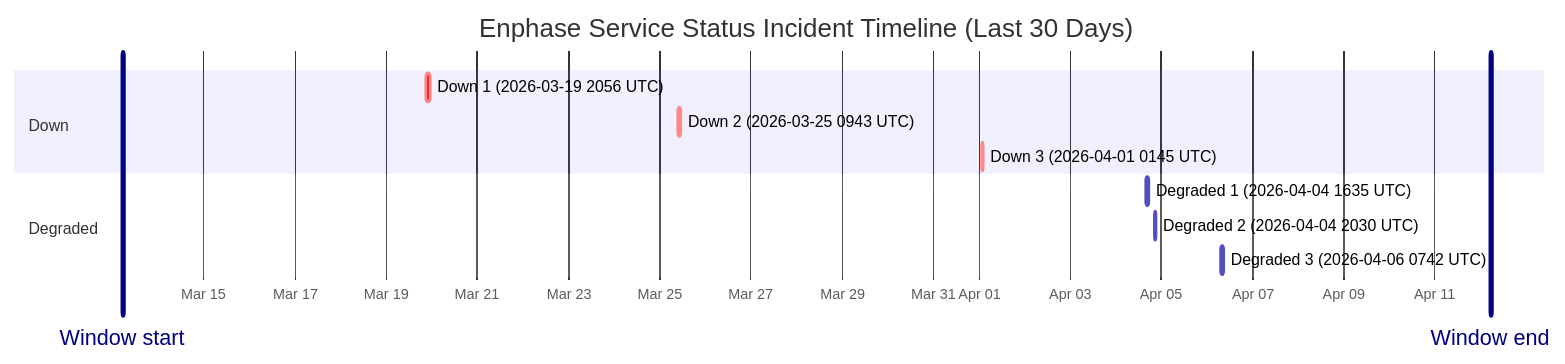
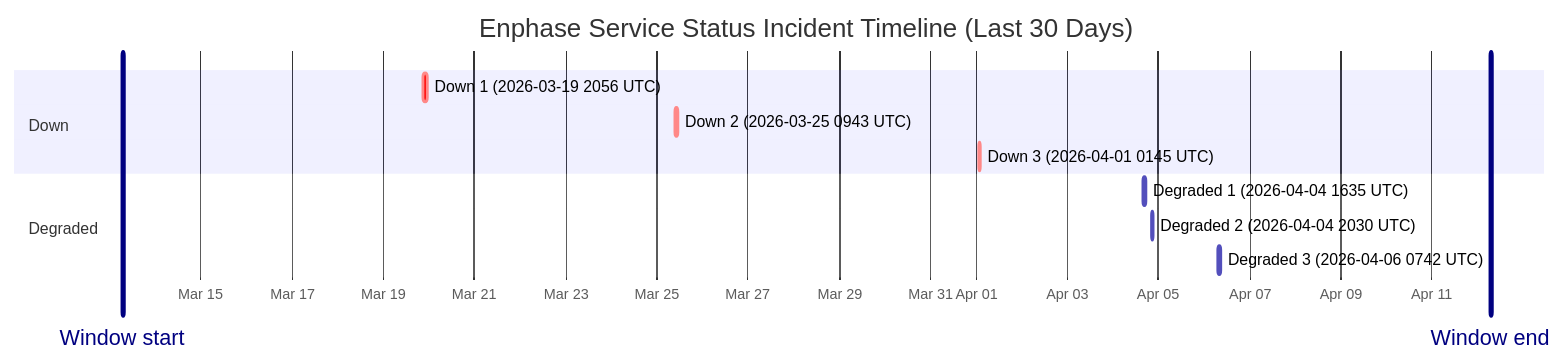
The diagram in wiki/Service-Status-History.md (barneyonline/ha-enphase-ev-charger), drawn with Mermaid before and after one commit. The commit also changed other lines of this file and 3 other files, not shown here.

````diff
--- a/wiki/Service-Status-History.md
+++ b/wiki/Service-Status-History.md
@@ -14,16 +14,16 @@
 ```mermaid
 gantt
     title Enphase Service Status Incident Timeline (Last 30 Days)
     dateFormat  YYYY-MM-DDTHH:mm:ss
     axisFormat  %b %d
-    Window start :vert, window-start, 2026-03-13T05:22:52, 0ms
-    Window end :vert, window-end, 2026-04-12T05:22:52, 0ms
+    Window start :vert, window-start, 2026-03-13T06:52:54, 0ms
+    Window end :vert, window-end, 2026-04-12T06:52:54, 0ms
     section Down
     Down 1 (2026-03-19 2056 UTC) :crit, down-1, 2026-03-19T20:56:20, 145m
     Down 2 (2026-03-25 0943 UTC) :crit, down-2, 2026-03-25T09:43:28, 111m
     Down 3 (2026-04-01 0145 UTC) :crit, down-3, 2026-04-01T01:45:09, 60m
     section Degraded
     Degraded 1 (2026-04-04 1635 UTC) :active, degraded-1, 2026-04-04T16:35:17, 60m
     Degraded 2 (2026-04-04 2030 UTC) :active, degraded-2, 2026-04-04T20:30:40, 60m
     Degraded 3 (2026-04-06 0742 UTC) :active, degraded-3, 2026-04-06T07:42:09, 85m
 ```
````
